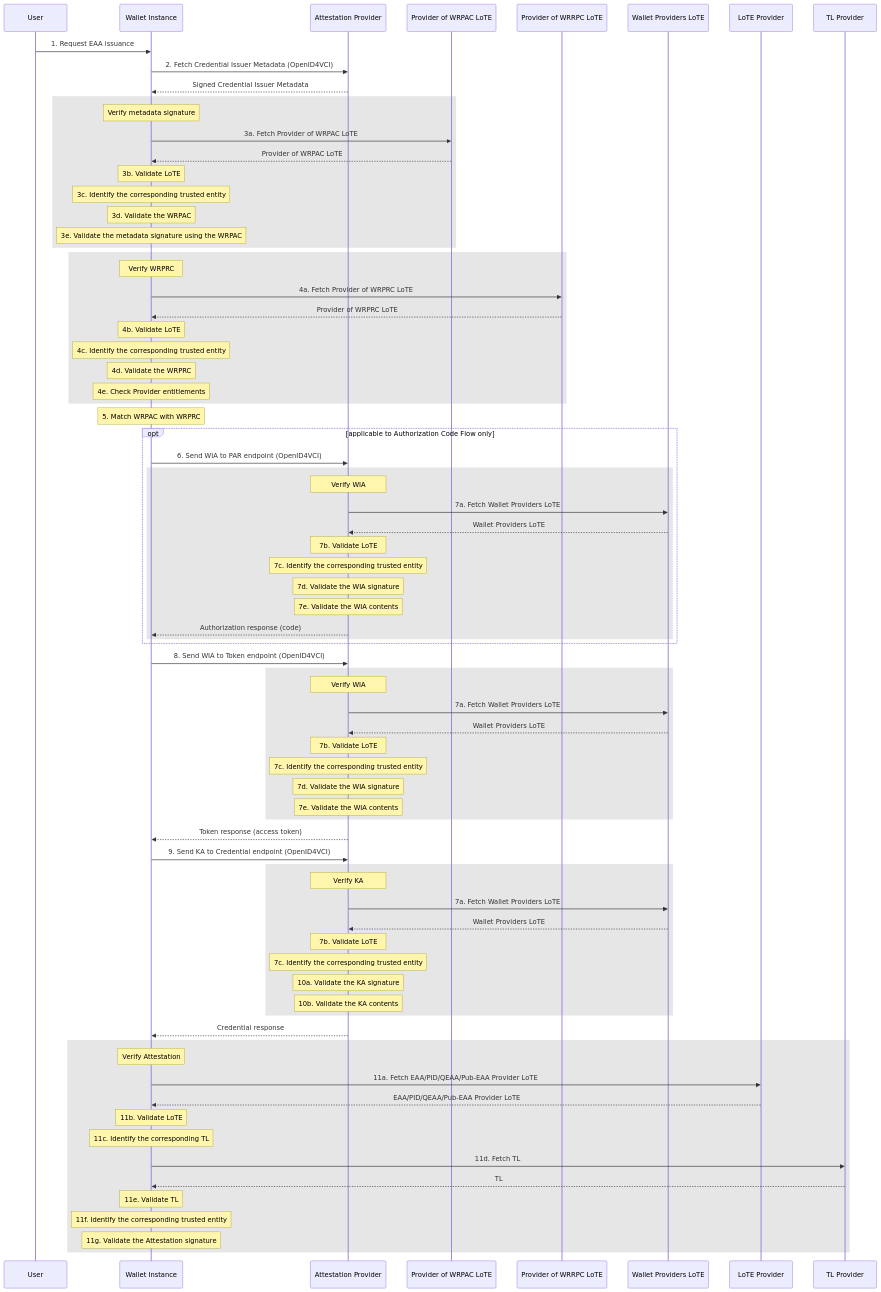
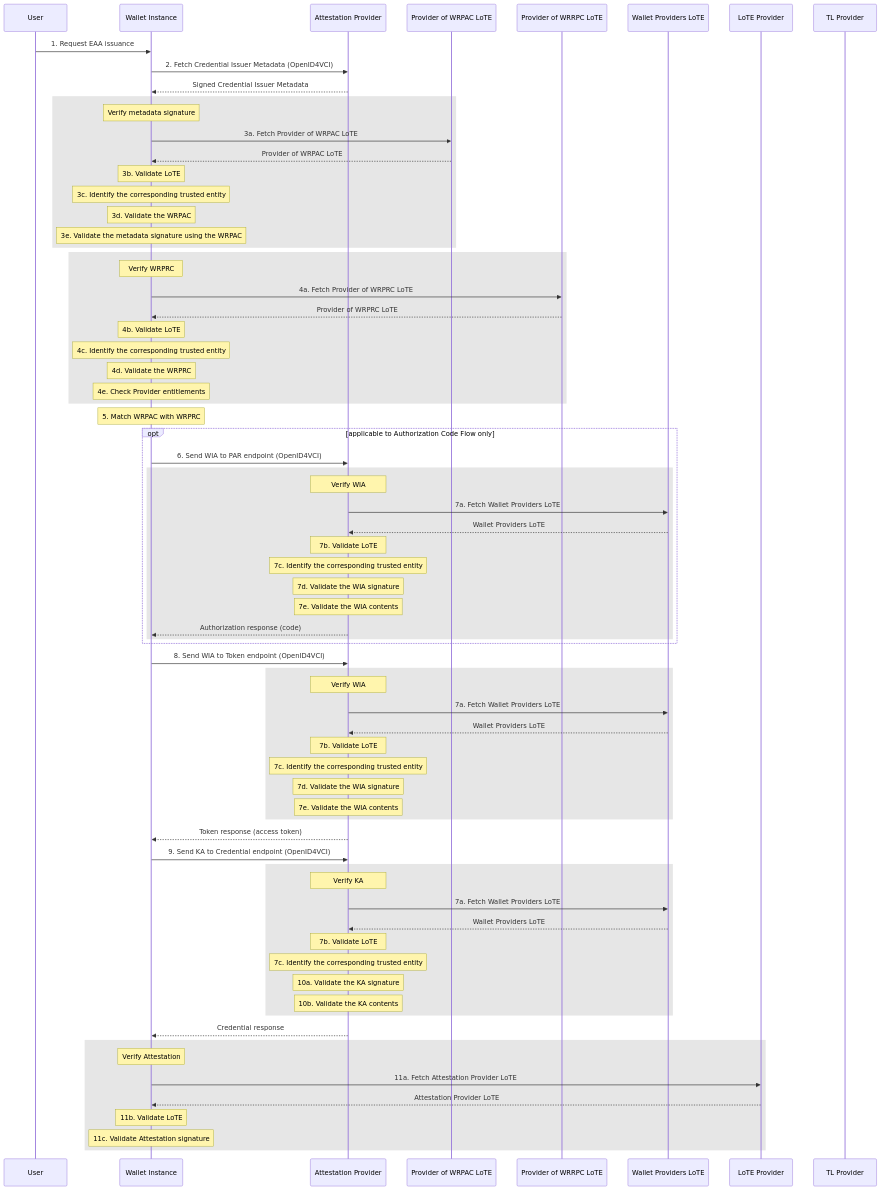
The diagram in docs/topics/trust-checks-issuance.md (APTITUDE-Consortium/wp2-trust-specifications), drawn with Mermaid before and after one commit. The commit also changed other lines of this file and 12 other files, not shown here.

````diff
--- a/docs/topics/trust-checks-issuance.md
+++ b/docs/topics/trust-checks-issuance.md
@@ -79,14 +79,9 @@
 
     rect rgb(230, 230, 230)
     Note over Wallet: Verify Attestation
-    Wallet->>LoTL: 11a. Fetch EAA/PID/QEAA/Pub-EAA Provider LoTE
-    LoTL-->>Wallet: EAA/PID/QEAA/Pub-EAA Provider LoTE
+    Wallet->>LoTL: 11a. Fetch Attestation Provider LoTE
+    LoTL-->>Wallet: Attestation Provider LoTE
     Note over Wallet: 11b. Validate LoTE
-    Note over Wallet: 11c. Identify the corresponding TL
-    Wallet->>TL: 11d. Fetch TL
-    TL-->>Wallet: TL
-    Note over Wallet: 11e. Validate TL
-    Note over Wallet: 11f. Identify the corresponding trusted entity
-    Note over Wallet: 11g. Validate the Attestation signature
+    Note over Wallet: 11c. Validate Attestation signature
     end
 ```
````
